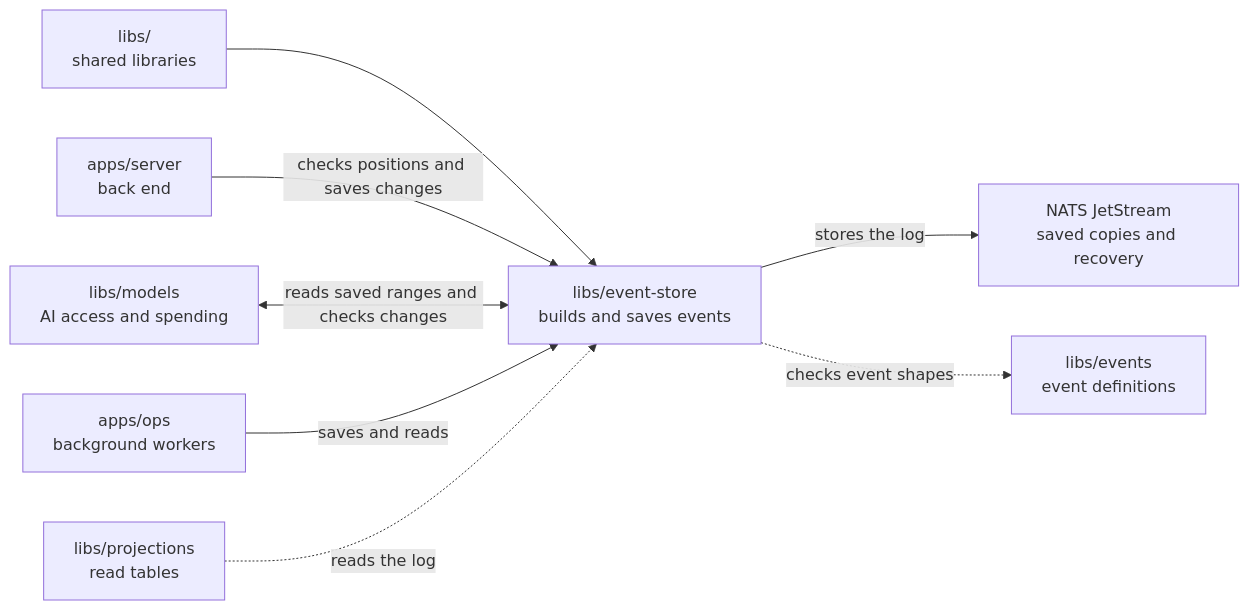
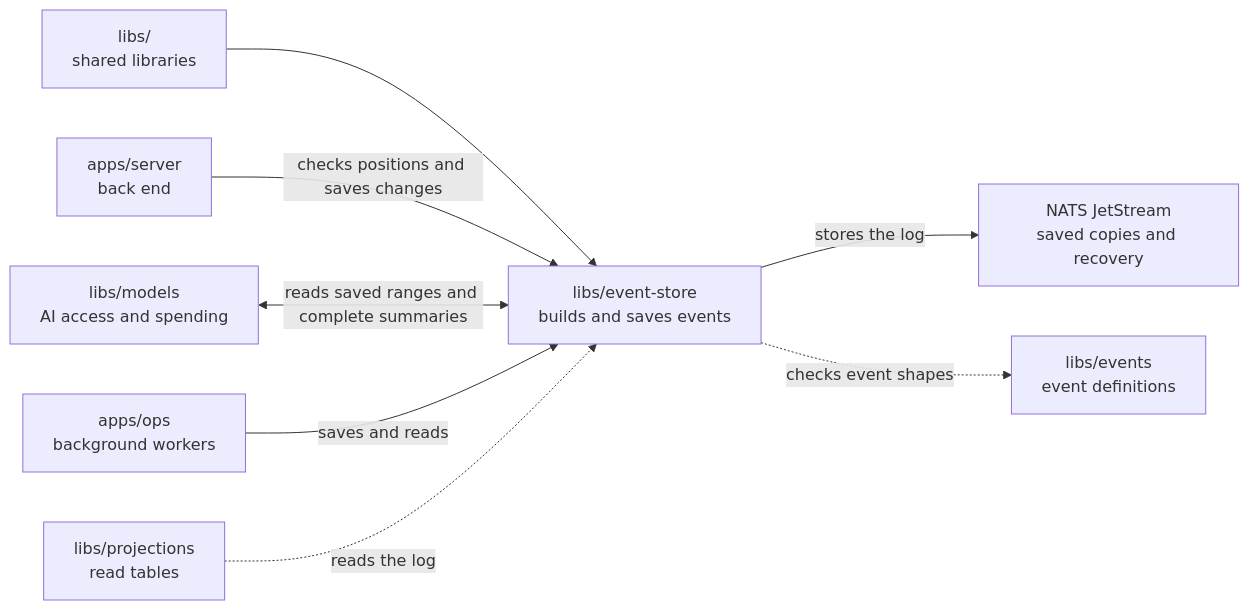
Before and after one commit to elewa-git/opencrane-new: the diagram in libs/event-store/README.md, drawn with Mermaid. The commit also changed other lines of this file and 8 other files, not shown here.

````diff
--- a/libs/event-store/README.md
+++ b/libs/event-store/README.md
@@ -23,10 +23,10 @@
 ```mermaid
 flowchart LR
   parent["libs/<br/>shared libraries"] --> store["libs/event-store<br/>builds and saves events"]
   server["apps/server<br/>back end"] -->|checks positions and saves changes| store
-  models["libs/models<br/>AI access and spending"] <-->|reads saved ranges and checks changes| store
+  models["libs/models<br/>AI access and spending"] <-->|reads saved ranges and complete summaries| store
   ops["apps/ops<br/>background workers"] -->|saves and reads| store
   projections["libs/projections<br/>read tables"] -.->|reads the log| store
   store -->|stores the log| nats["NATS JetStream<br/>saved copies and recovery"]
   store -.->|checks event shapes| events["libs/events<br/>event definitions"]
 ```
````
